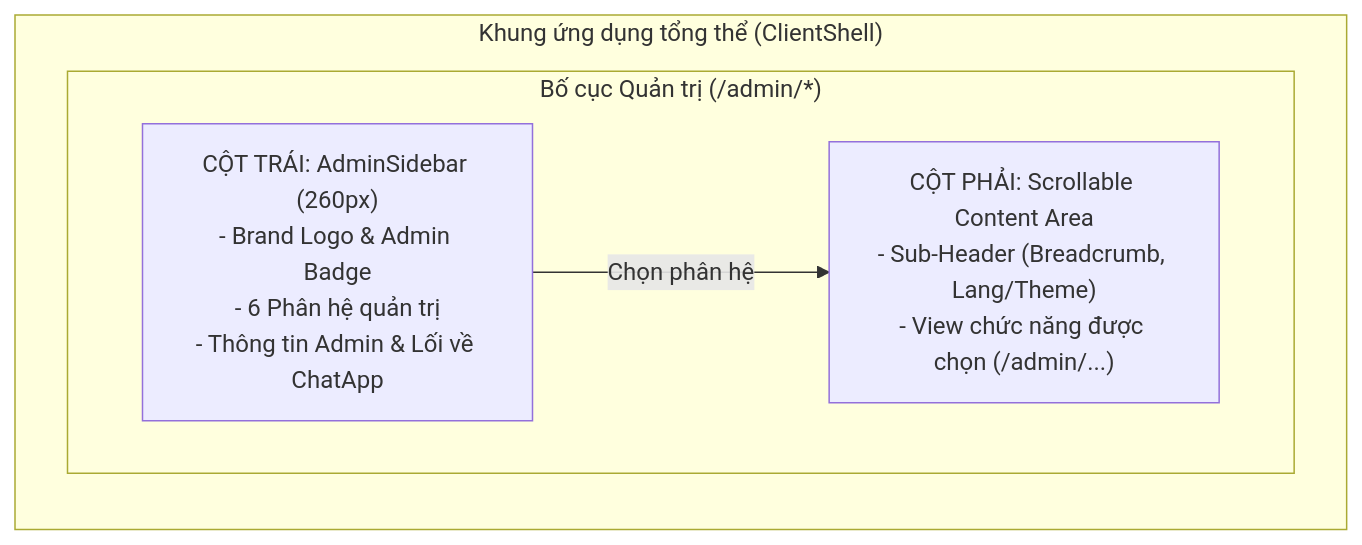
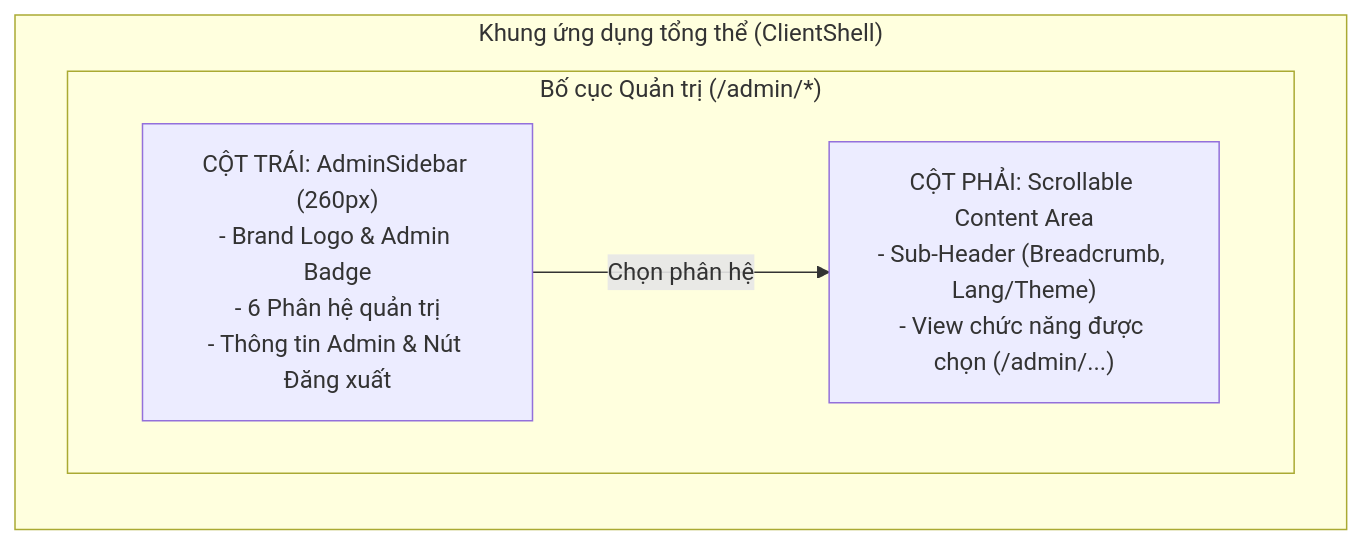
One commit to ngocquydev/ChatApp changed the diagram in docs/features/admin-panel.md. Above: the diagram before and after it, drawn with Mermaid. The commit also changed other lines of this file and 7 other files, not shown here.

````diff
--- a/docs/features/admin-panel.md
+++ b/docs/features/admin-panel.md
@@ -26,10 +26,10 @@
 ```mermaid
 graph LR
     subgraph ClientShell ["Khung ứng dụng tổng thể (ClientShell)"]
         subgraph AdminLayout ["Bố cục Quản trị (/admin/*)"]
-            Sidebar["CỘT TRÁI: AdminSidebar (260px)<br/>- Brand Logo & Admin Badge<br/>- 6 Phân hệ quản trị<br/>- Thông tin Admin & Lối về ChatApp"]
+            Sidebar["CỘT TRÁI: AdminSidebar (260px)<br/>- Brand Logo & Admin Badge<br/>- 6 Phân hệ quản trị<br/>- Thông tin Admin & Nút Đăng xuất"]
             ContentArea["CỘT PHẢI: Scrollable Content Area<br/>- Sub-Header (Breadcrumb, Lang/Theme)<br/>- View chức năng được chọn (/admin/...)"]
         end
     end
     Sidebar -->|Chọn phân hệ| ContentArea
 ```
````
